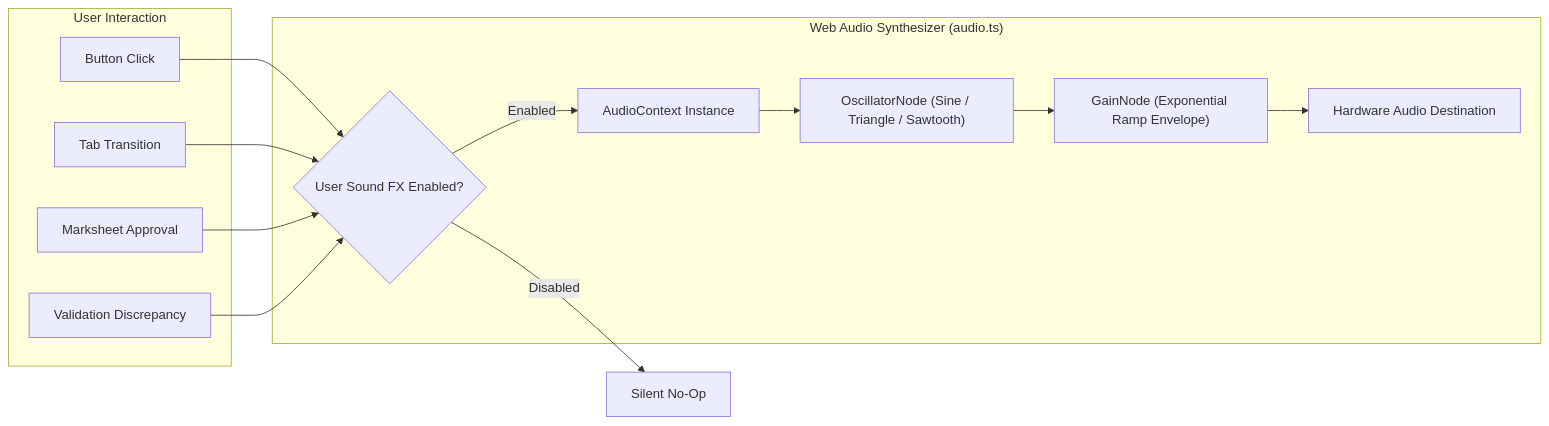
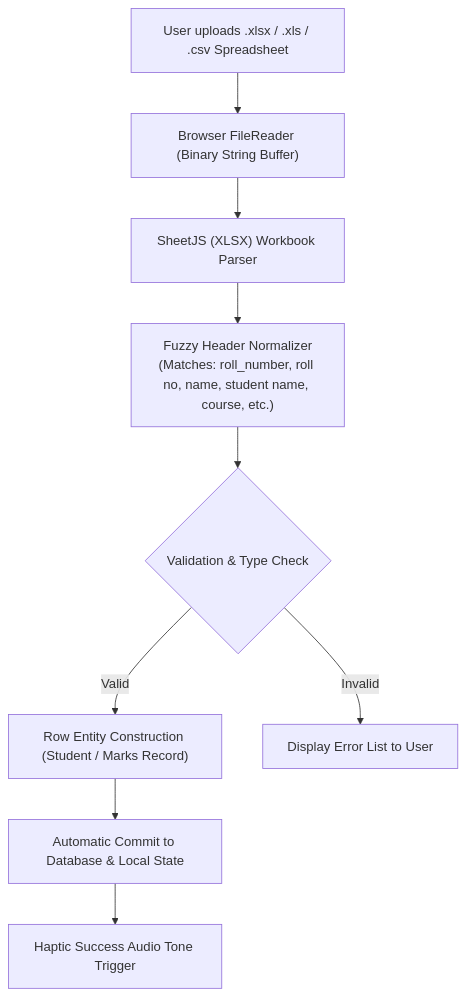
Before and after one commit to ulmind-com/annapurna-memorial-college-erp-backend: the third of 5 diagrams in ARCHITECTURE.md, drawn with Mermaid. The commit also changed other lines of this file, not shown here.

Commit message:
docs: add mobile Firebase push notification sequence diagram and setup guide

````diff
--- a/ARCHITECTURE.md
+++ b/ARCHITECTURE.md
@@ -296,29 +103,20 @@
 ```mermaid
-flowchart LR
-    subgraph UIEvent["User Interaction"]
-        BtnClick["Button Click"]
-        TabChange["Tab Transition"]
-        ApproveAction["Marksheet Approval"]
-        AlertEvent["Validation Discrepancy"]
-    end
+flowchart TD
+    UserExcel["User uploads .xlsx / .xls / .csv Spreadsheet"]
+    FileReader["Browser FileReader (Binary String Buffer)"]
+    XLSXEngine["SheetJS (XLSX) Workbook Parser"]
+    ColumnNormalizer["Fuzzy Header Normalizer\n(Matches: roll_number, roll no, name, student name, course, etc.)"]
+    Validator{"Validation & Type Check"}
+    AutoMapping["Row Entity Construction (Student / Marks Record)"]
+    DataCommit["Automatic Commit to Database & Local State"]
+    HapticSound["Haptic Success Audio Tone Trigger"]
 
-    subgraph SoundEngine["Web Audio Synthesizer (audio.ts)"]
-        CheckPref{"User Sound FX Enabled?"}
-        AudioCtx["AudioContext Instance"]
-        Oscillator["OscillatorNode (Sine / Triangle / Sawtooth)"]
-        GainNode["GainNode (Exponential Ramp Envelope)"]
-        Speaker["Hardware Audio Destination"]
-    end
-
-    BtnClick --> CheckPref
-    TabChange --> CheckPref
-    ApproveAction --> CheckPref
-    AlertEvent --> CheckPref
-
-    CheckPref -->|Enabled| AudioCtx
-    CheckPref -->|Disabled| Mute["Silent No-Op"]
-
-    AudioCtx --> Oscillator
-    Oscillator --> GainNode
-    GainNode --> Speaker
+    UserExcel --> FileReader
+    FileReader --> XLSXEngine
+    XLSXEngine --> ColumnNormalizer
+    ColumnNormalizer --> Validator
+    Validator -->|Valid| AutoMapping
+    Validator -->|Invalid| ErrorList["Display Error List to User"]
+    AutoMapping --> DataCommit
+    DataCommit --> HapticSound
 ```
````
